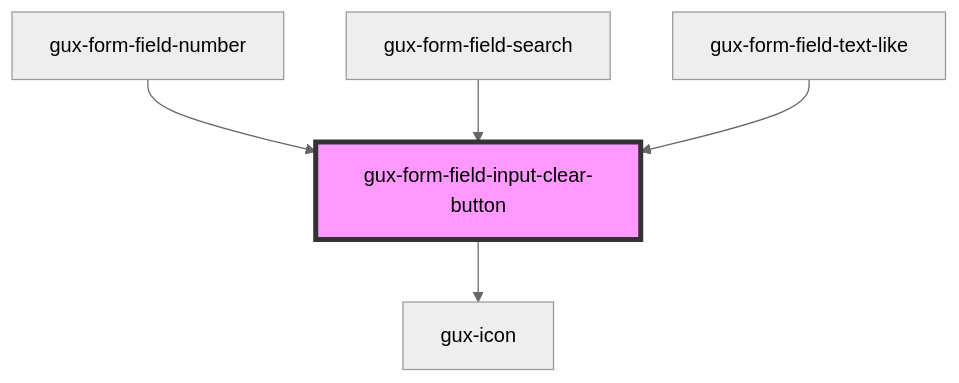
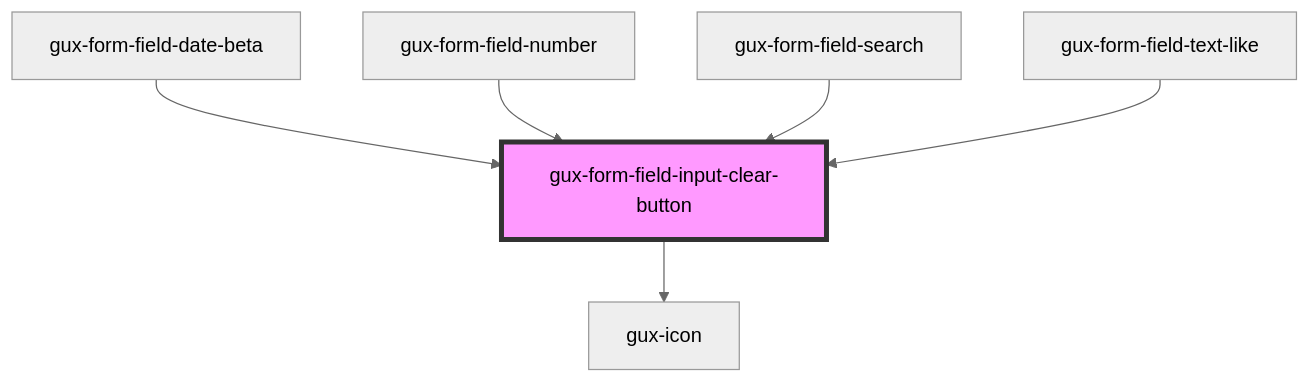
Before and after one commit to MyPureCloud/genesys-spark: the diagram in packages/genesys-spark-components/src/components/stable/gux-form-field/helper-components/gux-form-field-input-clear-button/readme.md, drawn with Mermaid (neutral theme). The commit also changed other lines of this file and 21 other files, not shown here.

First line of the commit message:
feat(form-field-date-beta): added new datepicker form field component

````diff
--- a/packages/genesys-spark-components/src/components/stable/gux-form-field/helper-components/gux-form-field-input-clear-button/readme.md
+++ b/packages/genesys-spark-components/src/components/stable/gux-form-field/helper-components/gux-form-field-input-clear-button/readme.md
@@ -21,8 +22,9 @@
 ```mermaid
 graph TD;
   gux-form-field-input-clear-button --> gux-icon
+  gux-form-field-date-beta --> gux-form-field-input-clear-button
   gux-form-field-number --> gux-form-field-input-clear-button
   gux-form-field-search --> gux-form-field-input-clear-button
   gux-form-field-text-like --> gux-form-field-input-clear-button
   style gux-form-field-input-clear-button fill:#f9f,stroke:#333,stroke-width:4px
 ```
````
